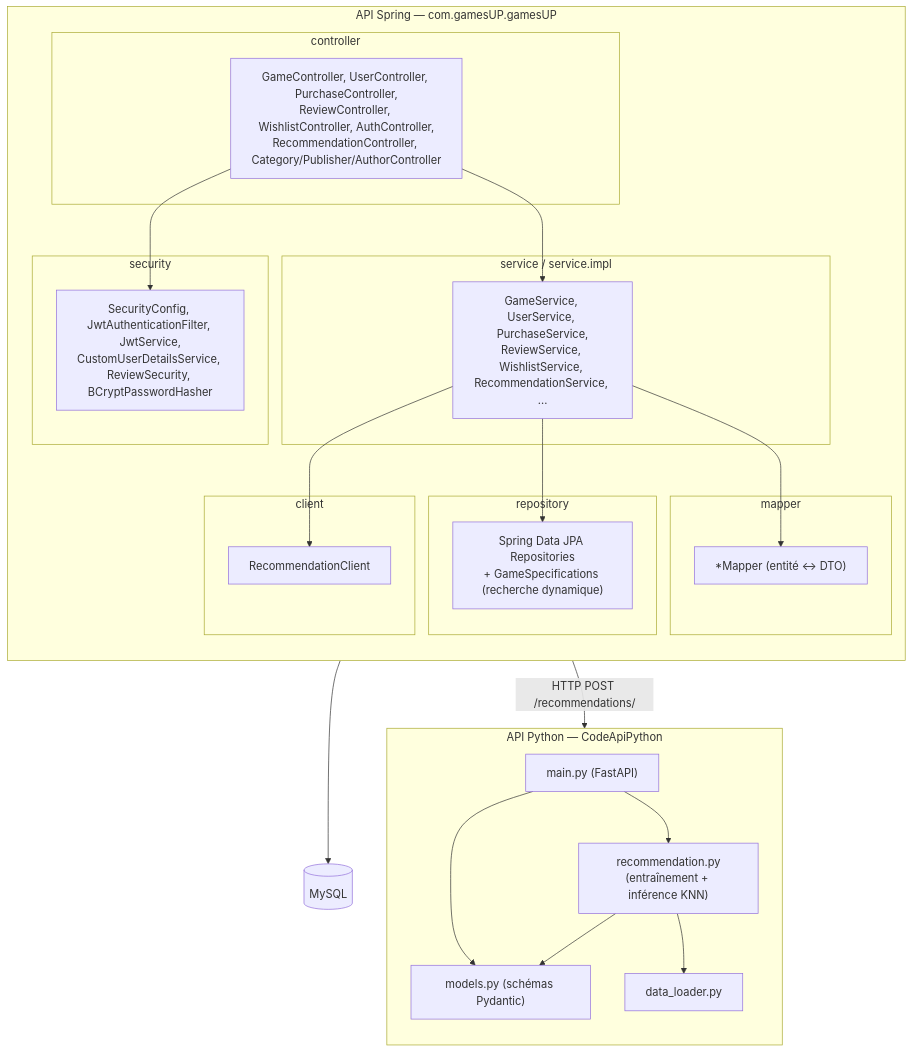
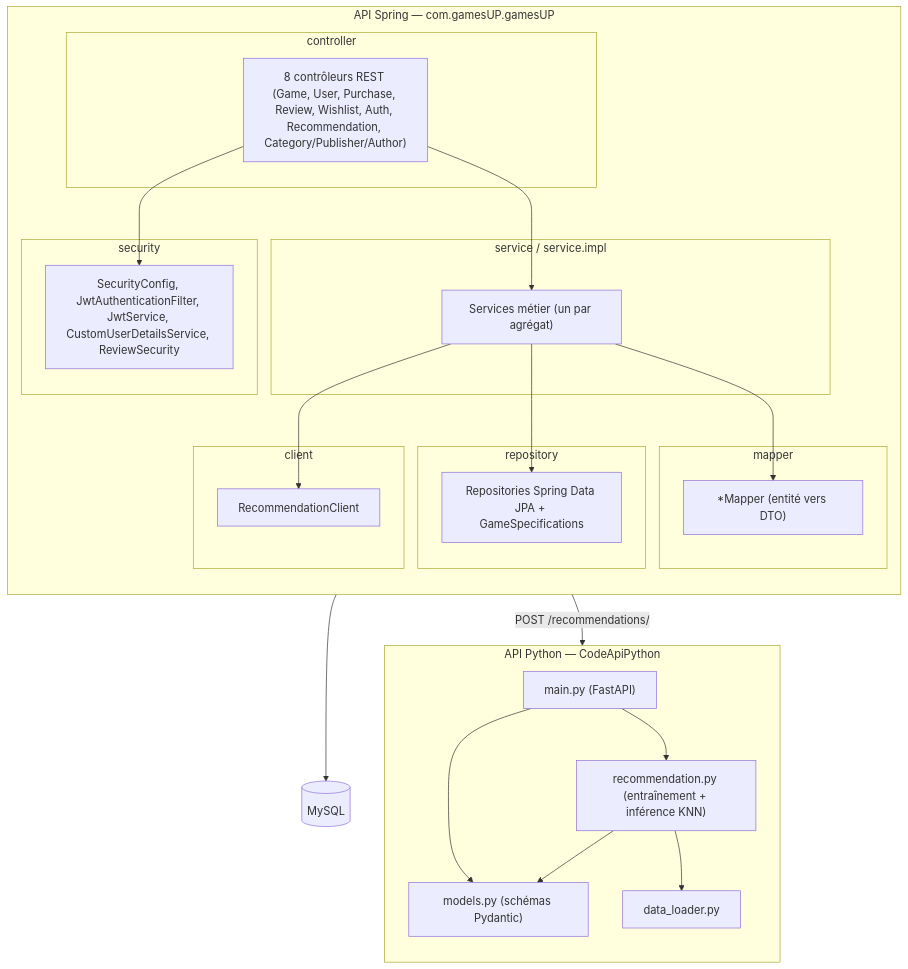
One commit to Sanbye/gamesup-etude-de-cas changed the third of 5 diagrams in docs/06-documentation-finale.md. Above: the diagram before and after it, drawn with Mermaid. The commit also changed other lines of this file and 6 other files, not shown here.

````diff
--- a/docs/06-documentation-finale.md
+++ b/docs/06-documentation-finale.md
@@ -166,54 +165,54 @@
 ```mermaid
 flowchart TB
     subgraph SpringApp["API Spring — com.gamesUP.gamesUP"]
         direction TB
 
         subgraph controller["controller"]
-            Ctrls["GameController, UserController, PurchaseController,<br/>ReviewController, WishlistController, AuthController,<br/>RecommendationController, Category/Publisher/AuthorController"]
+            Ctrls["8 contrôleurs REST (Game, User, Purchase, Review, Wishlist, Auth, Recommendation, Category/Publisher/Author)"]
+        end
+
+        subgraph security["security"]
+            Sec["SecurityConfig, JwtAuthenticationFilter, JwtService, CustomUserDetailsService, ReviewSecurity"]
         end
 
         subgraph service["service / service.impl"]
-            Svcs["GameService, UserService, PurchaseService,<br/>ReviewService, WishlistService, RecommendationService, ..."]
+            Svcs["Services métier (un par agrégat)"]
+        end
+
+        subgraph repository["repository"]
+            Repos["Repositories Spring Data JPA + GameSpecifications"]
         end
 
         subgraph mapper["mapper"]
-            Maps["*Mapper (entité ↔ DTO)"]
-        end
-
-        subgraph repository["repository"]
-            Repos["Spring Data JPA Repositories<br/>+ GameSpecifications (recherche dynamique)"]
-        end
-
-        subgraph security["security"]
-            Sec["SecurityConfig, JwtAuthenticationFilter, JwtService,<br/>CustomUserDetailsService, ReviewSecurity, BCryptPasswordHasher"]
+            Maps["*Mapper (entité vers DTO)"]
         end
 
         subgraph client["client"]
             Cli["RecommendationClient"]
         end
 
         Ctrls --> Sec
         Ctrls --> Svcs
         Svcs --> Repos
         Svcs --> Maps
         Svcs --> Cli
     end
 
     subgraph PythonApp["API Python — CodeApiPython"]
         direction TB
         Main["main.py (FastAPI)"]
-        Reco["recommendation.py<br/>(entraînement + inférence KNN)"]
+        Reco["recommendation.py (entraînement + inférence KNN)"]
         Loader["data_loader.py"]
         Models["models.py (schémas Pydantic)"]
 
         Main --> Reco
         Main --> Models
         Reco --> Loader
         Reco --> Models
     end
 
     DB[("MySQL")]
 
     Repos --> DB
-    Cli -- "HTTP POST /recommendations/" --> Main
+    Cli -- "POST /recommendations/" --> Main
 ```
````
